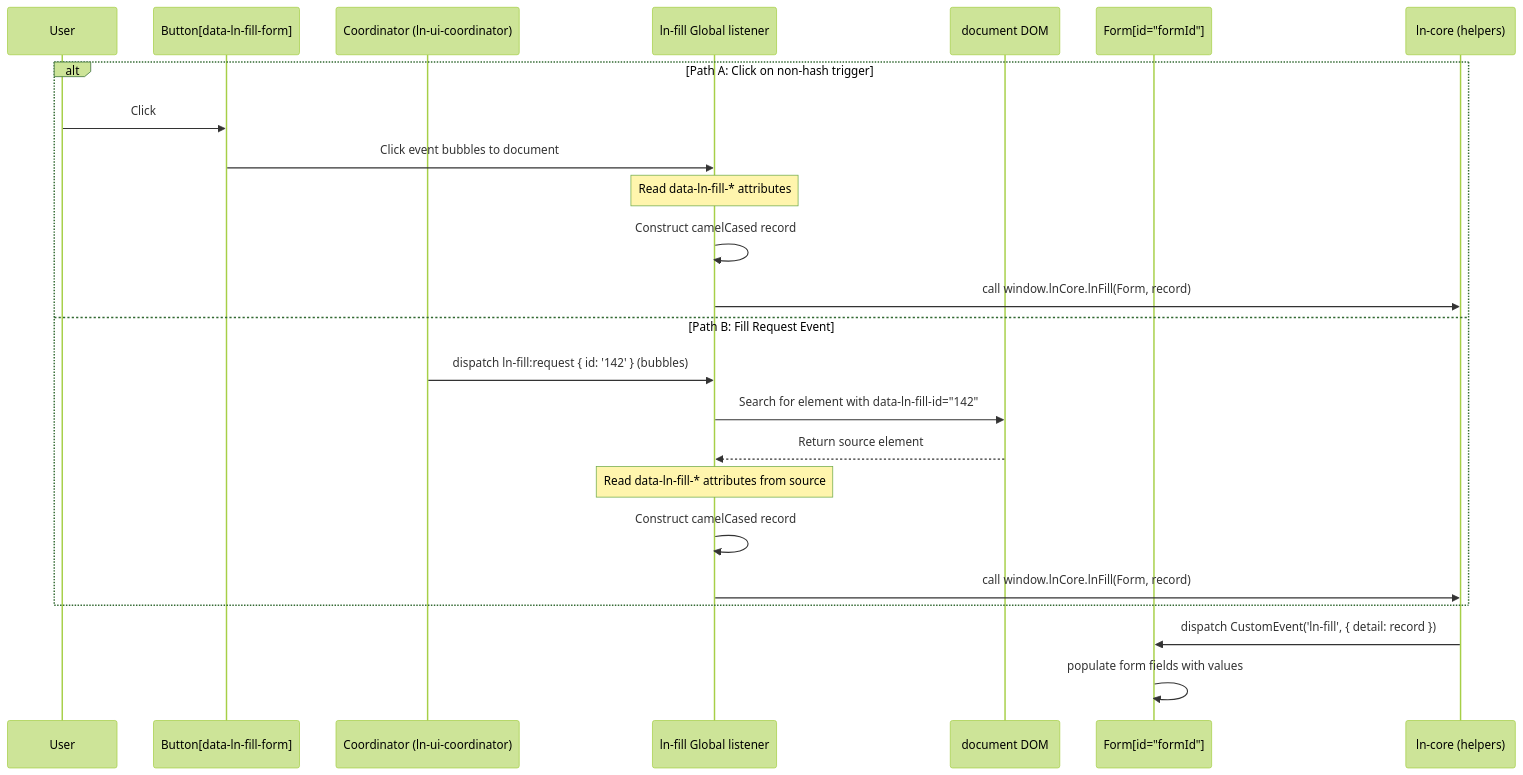
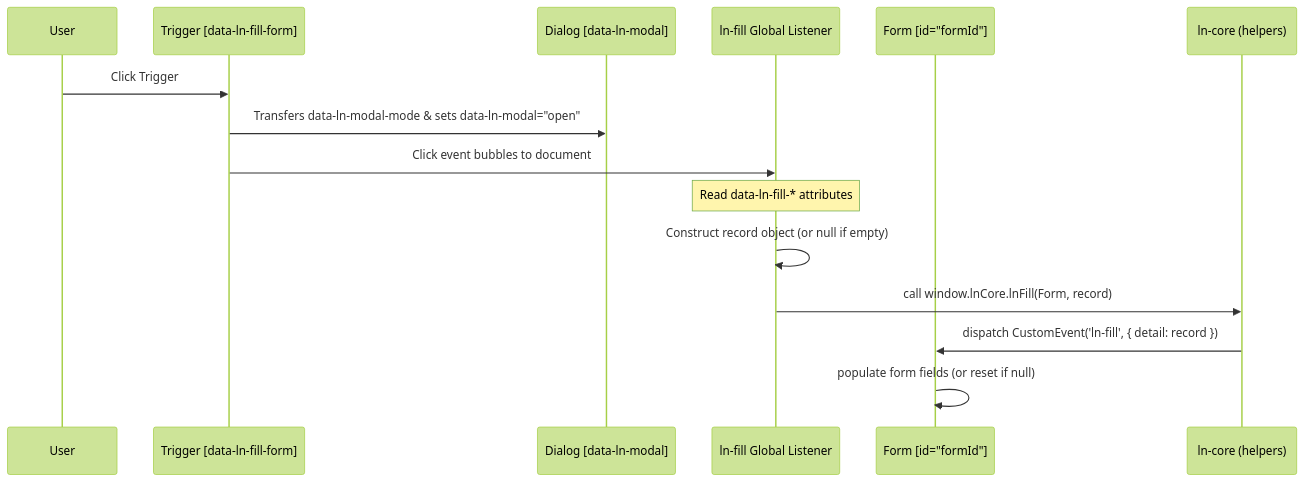
One commit to livenetworks/ln-ashlar changed the diagram in docs-mcp/components/ln-fill.md. Above: the diagram before and after it, drawn with Mermaid (forest theme). The commit also changed other lines of this file and 4 other files, not shown here.

Commit message:
docs(modal,fill): update architecture documentation and blueprints for declarative mode switching and direct fill

````diff
--- a/docs-mcp/components/ln-fill.md
+++ b/docs-mcp/components/ln-fill.md
@@ -145,28 +155,18 @@
 ```mermaid
 sequenceDiagram
     participant User
-    participant Trigger as Button[data-ln-fill-form]
-    participant Coordinator as Coordinator (ln-ui-coordinator)
-    participant FillJS as ln-fill Global listener
-    participant DOM as document DOM
-    participant Form as Form[id="formId"]
+    participant Trigger as Trigger [data-ln-fill-form]
+    participant Modal as Dialog [data-ln-modal]
+    participant FillJS as ln-fill Global Listener
+    participant Form as Form [id="formId"]
     participant Core as ln-core (helpers)
 
-    alt Path A: Click on non-hash trigger
-        User->>Trigger: Click
-        Trigger->>FillJS: Click event bubbles to document
-        Note over FillJS: Read data-ln-fill-* attributes
-        FillJS->>FillJS: Construct camelCased record
-        FillJS->>Core: call window.lnCore.lnFill(Form, record)
-    else Path B: Fill Request Event
-        Coordinator->>FillJS: dispatch ln-fill:request { id: '142' } (bubbles)
-        FillJS->>DOM: Search for element with data-ln-fill-id="142"
-        DOM-->>FillJS: Return source element
-        Note over FillJS: Read data-ln-fill-* attributes from source
-        FillJS->>FillJS: Construct camelCased record
-        FillJS->>Core: call window.lnCore.lnFill(Form, record)
-    end
-    
+    User->>Trigger: Click Trigger
+    Trigger->>Modal: Transfers data-ln-modal-mode & sets data-ln-modal="open"
+    Trigger->>FillJS: Click event bubbles to document
+    Note over FillJS: Read data-ln-fill-* attributes
+    FillJS->>FillJS: Construct record object (or null if empty)
+    FillJS->>Core: call window.lnCore.lnFill(Form, record)
     Core->>Form: dispatch CustomEvent('ln-fill', { detail: record })
-    Form->>Form: populate form fields with values
+    Form->>Form: populate form fields (or reset if null)
 ```
````
